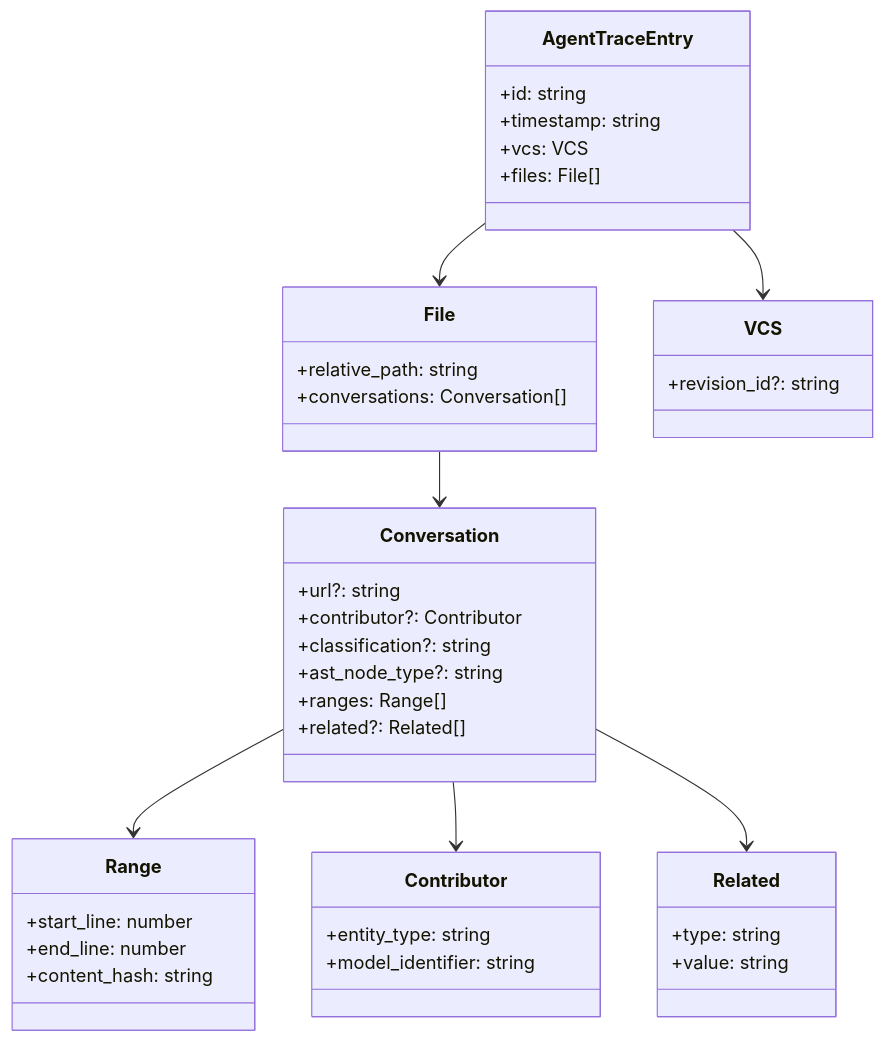
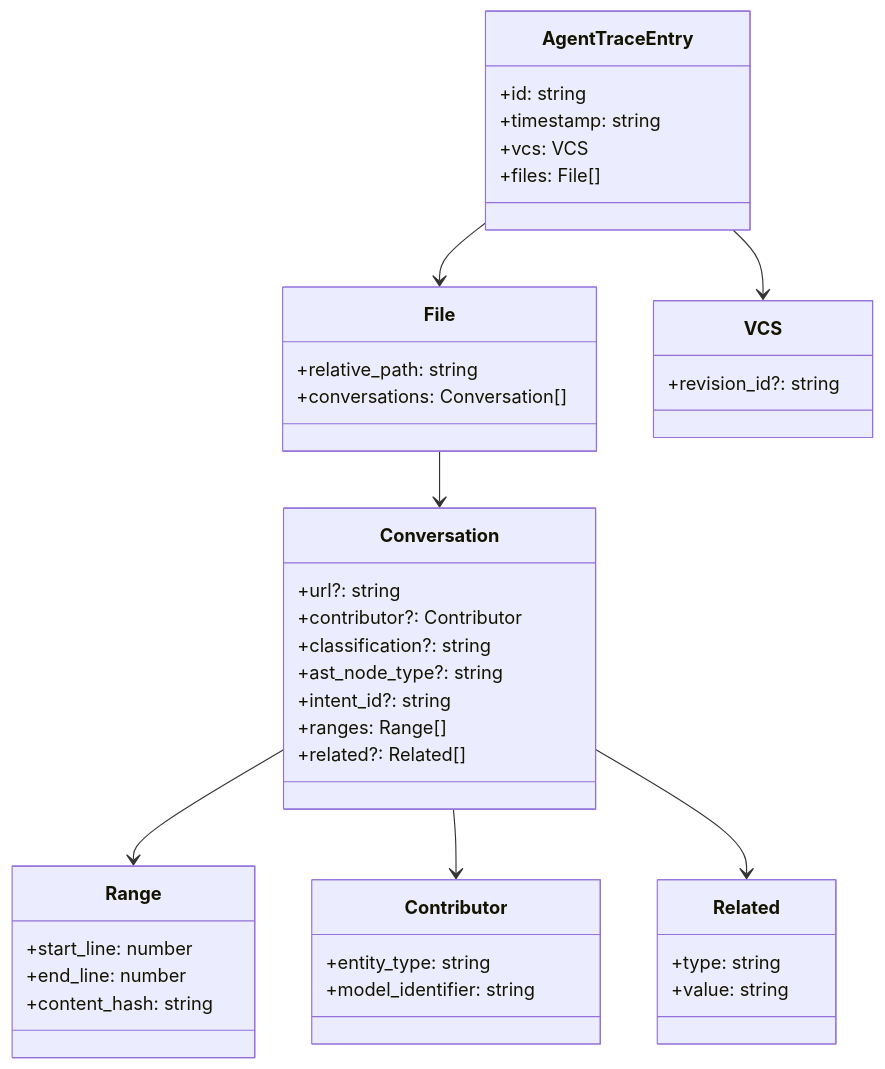
One commit to RooCodeInc/Roo-Code changed the diagram in diagrams/ledger-schema.mmd. Above: the diagram before and after it, drawn with Mermaid. The commit also changed 10 other files, not shown here.

First line of the commit message:
hooks+docs: AST capture utility, optimistic IntentLockManager, and diagram exports (#10)

```diff
--- a/diagrams/ledger-schema.mmd
+++ b/diagrams/ledger-schema.mmd
@@ -1,43 +1,44 @@
 %% Mermaid Class Diagram: agent_trace.jsonl schema
 classDiagram
   class AgentTraceEntry {
     +id: string
     +timestamp: string
     +vcs: VCS
     +files: File[]
   }
   class File {
     +relative_path: string
     +conversations: Conversation[]
   }
   class Conversation {
     +url?: string
     +contributor?: Contributor
     +classification?: string
     +ast_node_type?: string
+    +intent_id?: string
     +ranges: Range[]
     +related?: Related[]
   }
   class Range {
     +start_line: number
     +end_line: number
     +content_hash: string
   }
   class Contributor {
     +entity_type: string
     +model_identifier: string
   }
   class Related {
     +type: string
     +value: string
   }
   class VCS {
     +revision_id?: string
   }
 
   AgentTraceEntry --> File
   File --> Conversation
   Conversation --> Range
   Conversation --> Contributor
   Conversation --> Related
   AgentTraceEntry --> VCS
```
